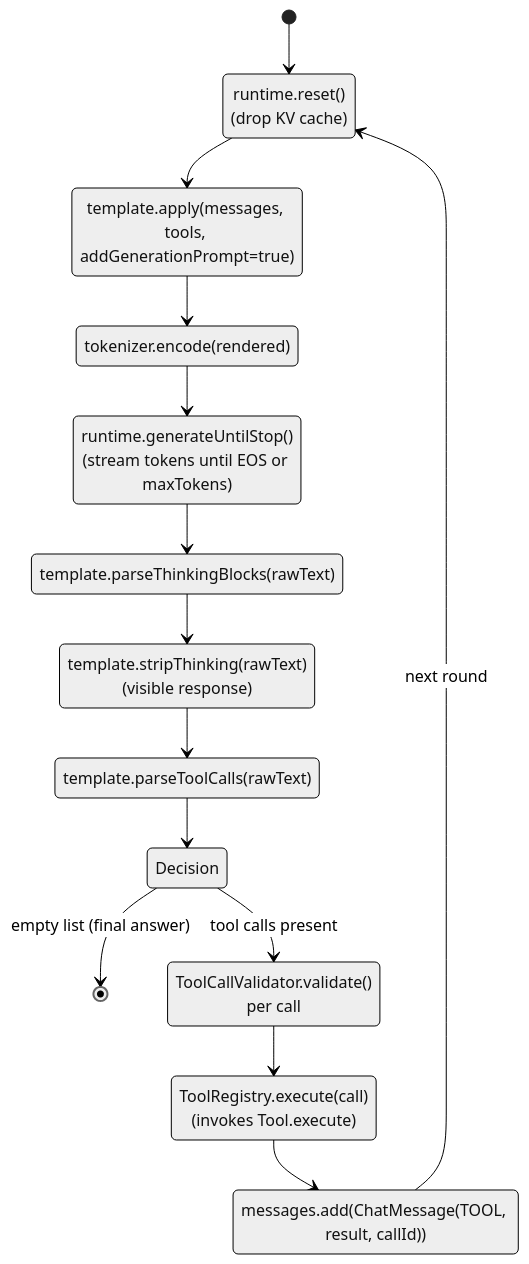
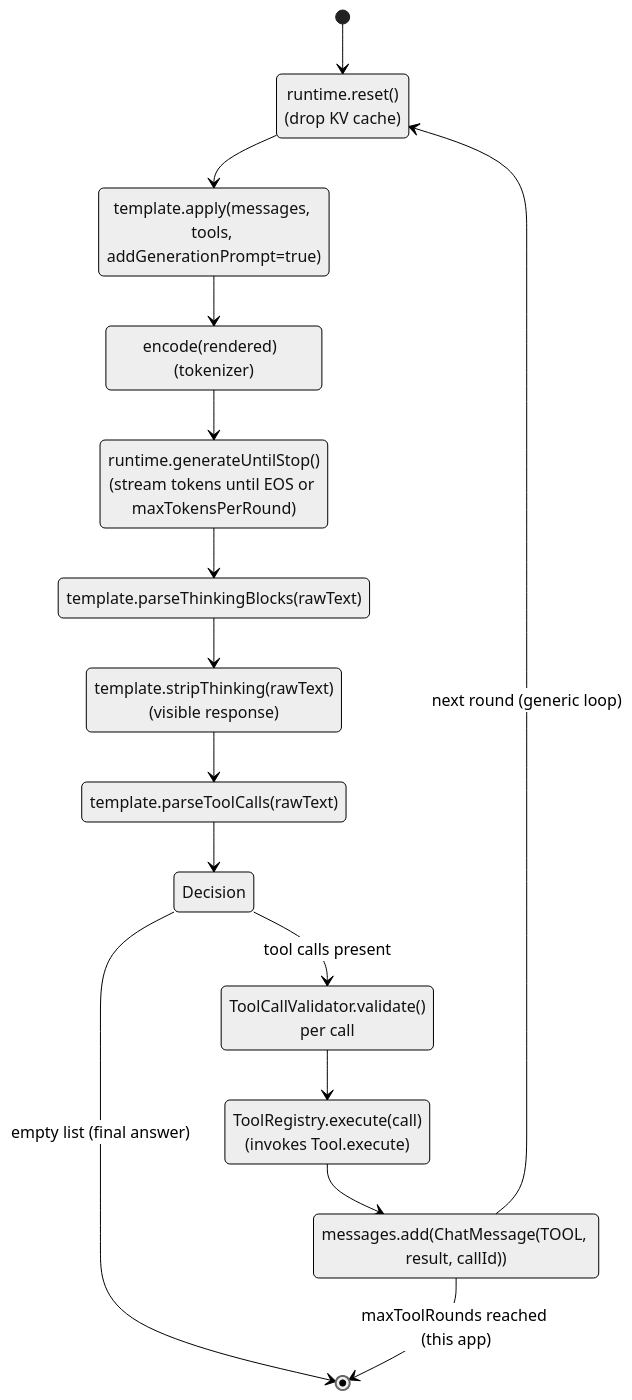
Before and after one commit to michalharakal/Daily-StandAPP: the diagram in docs/modules/prompt-engineering/pages/explanation/agent-loop-internals.adoc, drawn with Mermaid (neutral theme). The commit also changed other lines of this file and 38 other files, not shown here.

```diff
--- a/docs/modules/prompt-engineering/pages/explanation/agent-loop-internals.adoc
+++ b/docs/modules/prompt-engineering/pages/explanation/agent-loop-internals.adoc
@@ -22,30 +86,31 @@
 [mermaid]
 ----
 stateDiagram-v2
     [*] --> Reset
     Reset: runtime.reset()<br/>(drop KV cache)
     Reset --> Render
     Render: template.apply(messages, tools, addGenerationPrompt=true)
     Render --> Encode
-    Encode: tokenizer.encode(rendered)
+    Encode: encode(rendered)  (tokenizer)
     Encode --> Generate
-    Generate: runtime.generateUntilStop()<br/>(stream tokens until EOS or maxTokens)
+    Generate: runtime.generateUntilStop()<br/>(stream tokens until EOS or maxTokensPerRound)
     Generate --> ParseThinking
     ParseThinking: template.parseThinkingBlocks(rawText)
     ParseThinking --> Strip
     Strip: template.stripThinking(rawText)<br/>(visible response)
     Strip --> ParseTools
     ParseTools: template.parseToolCalls(rawText)
     ParseTools --> Decision
 
     state Decision <<choice>>
     Decision --> [*]: empty list (final answer)
     Decision --> Validate: tool calls present
 
     Validate: ToolCallValidator.validate()<br/>per call
     Validate --> Execute
     Execute: ToolRegistry.execute(call)<br/>(invokes Tool.execute)
     Execute --> AppendToolMsg
     AppendToolMsg: messages.add(ChatMessage(TOOL, result, callId))
-    AppendToolMsg --> Reset: next round
+    AppendToolMsg --> [*]: maxToolRounds reached (this app)
+    AppendToolMsg --> Reset: next round (generic loop)
 ----
```
